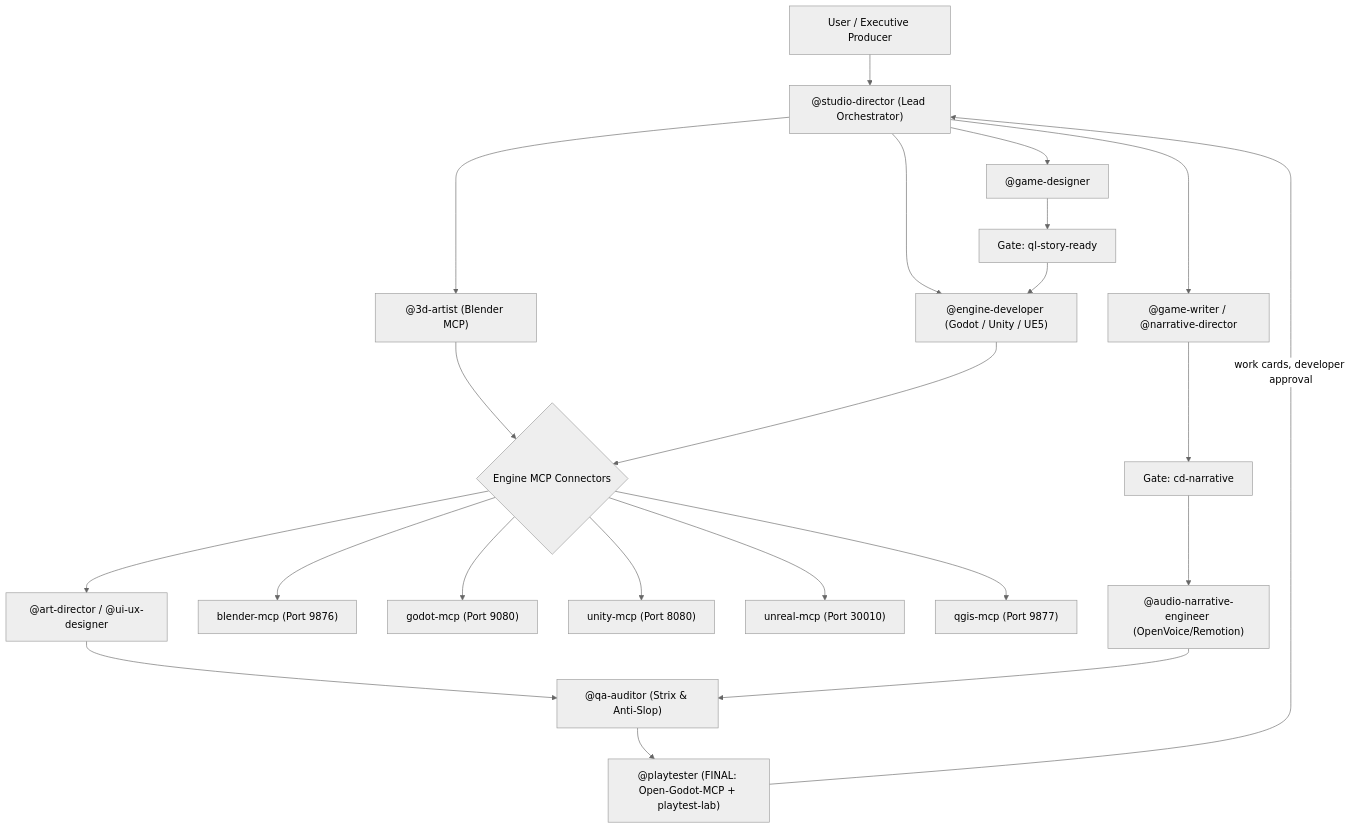
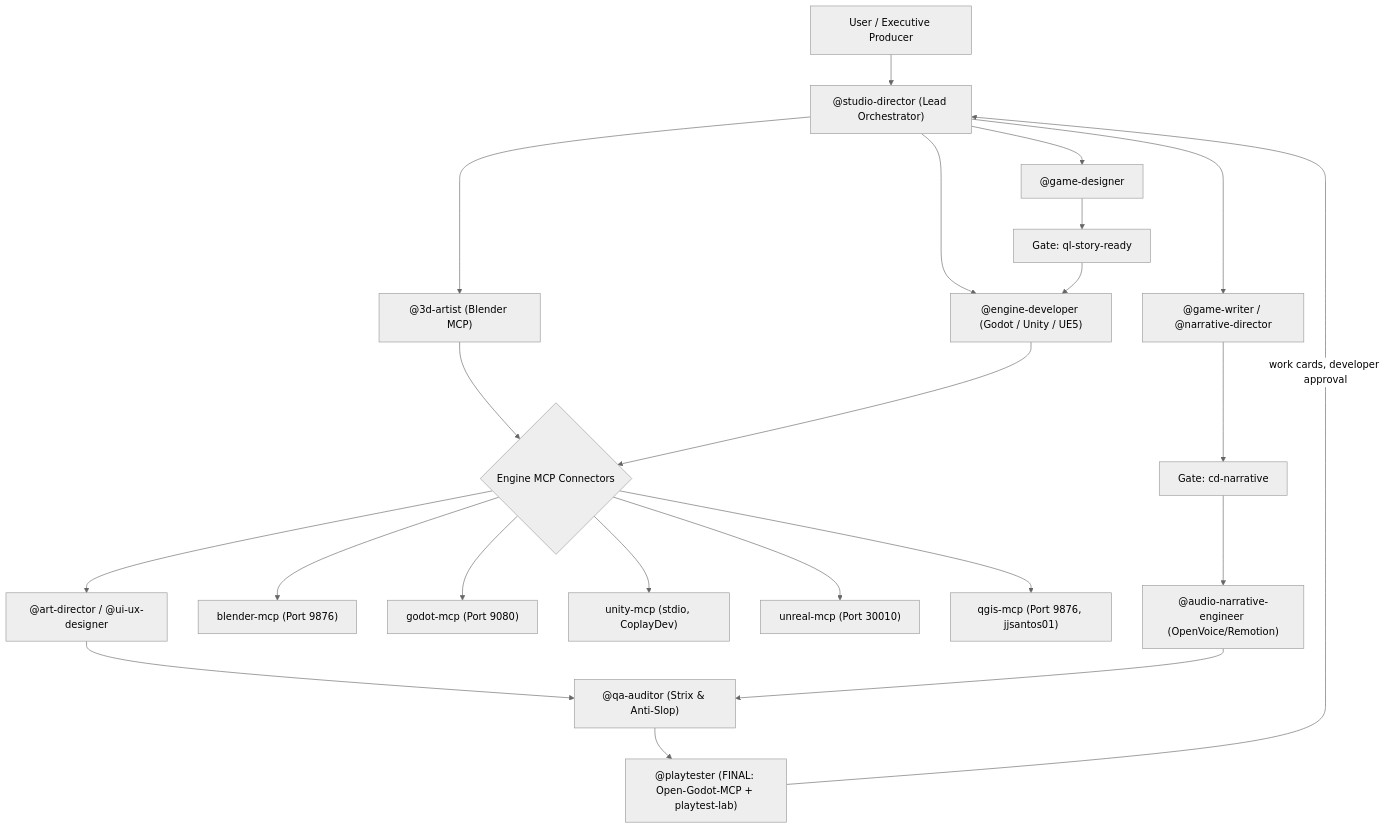
The diagram in AGENTS.md (kursatsndgn/master-game-studio-skills), drawn with Mermaid (neutral theme) before and after one commit. The commit also changed 11 other files, not shown here.

Commit message:
mcp: Unity ve QGIS taslak köprüleri kaldırıldı, yerine çalışan sunucular alt modül olarak eklendi (CoplayDev/unity-mcp, jjsantos01/qgis_mcp); mcp.json, belgeler ve doğrulayıcı güncellendi

````diff
--- a/AGENTS.md
+++ b/AGENTS.md
@@ -10,29 +10,29 @@
 ```mermaid
 graph TD
     User["User / Executive Producer"] --> Director["@studio-director (Lead Orchestrator)"]
     
     Director --> Narrative["@game-writer / @narrative-director"]
     Director --> Designer["@game-designer"]
     Director --> Artist3D["@3d-artist (Blender MCP)"]
     Director --> Engine["@engine-developer (Godot / Unity / UE5)"]
     
     Narrative --> Gate1["Gate: cd-narrative"]
     Gate1 --> Audio["@audio-narrative-engineer (OpenVoice/Remotion)"]
     
     Designer --> Gate2["Gate: ql-story-ready"]
     Gate2 --> Engine
     Artist3D --> MCP_Router{"Engine MCP Connectors"}
     Engine --> MCP_Router
     
     MCP_Router --> MCP_Blender["blender-mcp (Port 9876)"]
     MCP_Router --> MCP_Godot["godot-mcp (Port 9080)"]
-    MCP_Router --> MCP_Unity["unity-mcp (Port 8080)"]
+    MCP_Router --> MCP_Unity["unity-mcp (stdio, CoplayDev)"]
     MCP_Router --> MCP_Unreal["unreal-mcp (Port 30010)"]
-    MCP_Router --> MCP_QGIS["qgis-mcp (Port 9877)"]
+    MCP_Router --> MCP_QGIS["qgis-mcp (Port 9876, jjsantos01)"]
     
     MCP_Router --> UI["@art-director / @ui-ux-designer"]
     UI --> QA["@qa-auditor (Strix & Anti-Slop)"]
     Audio --> QA
     QA --> Playtester["@playtester (FINAL: Open-Godot-MCP + playtest-lab)"]
     Playtester -->|"work cards, developer approval"| Director
 ```
````
